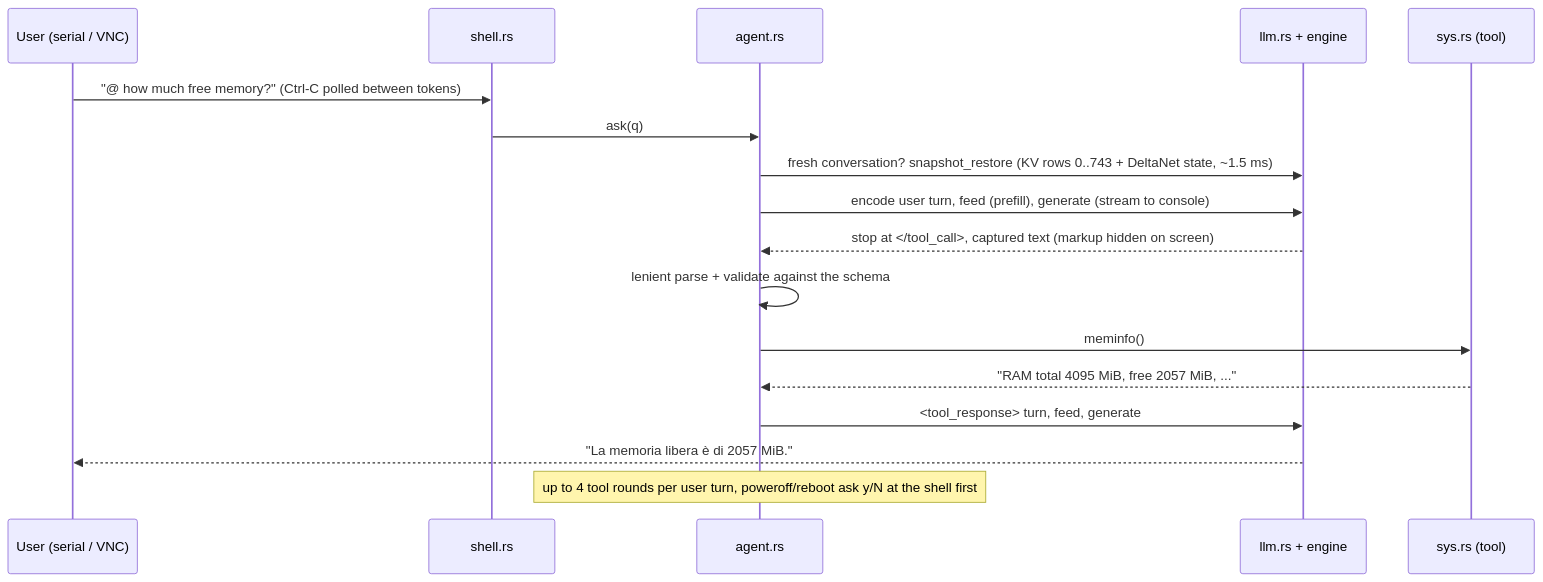
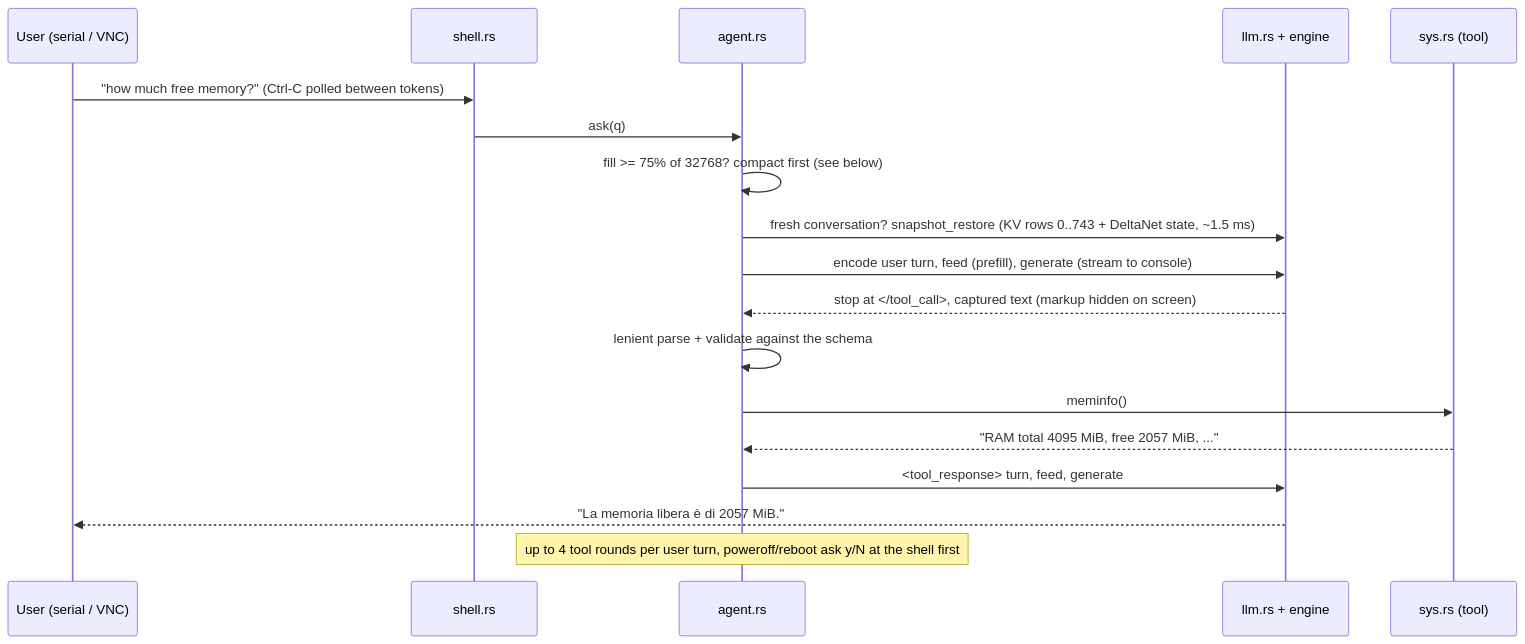
Before and after one commit to tcsenpai/ringzero: the second of 3 diagrams in docs/ARCHITECTURE.md, drawn with Mermaid. The commit also changed other lines of this file and 19 other files, not shown here.

````diff
--- a/docs/ARCHITECTURE.md
+++ b/docs/ARCHITECTURE.md
@@ -65,19 +71,20 @@
 ```mermaid
 sequenceDiagram
     participant U as User (serial / VNC)
     participant S as shell.rs
     participant A as agent.rs
     participant L as llm.rs + engine
     participant T as sys.rs (tool)
-    U->>S: "@ how much free memory?" (Ctrl-C polled between tokens)
+    U->>S: "how much free memory?" (Ctrl-C polled between tokens)
     S->>A: ask(q)
+    A->>A: fill >= 75% of 32768? compact first (see below)
     A->>L: fresh conversation? snapshot_restore (KV rows 0..743 + DeltaNet state, ~1.5 ms)
     A->>L: encode user turn, feed (prefill), generate (stream to console)
     L-->>A: stop at </tool_call>, captured text (markup hidden on screen)
     A->>A: lenient parse + validate against the schema
     A->>T: meminfo()
     T-->>A: "RAM total 4095 MiB, free 2057 MiB, ..."
     A->>L: <tool_response> turn, feed, generate
     L-->>U: "La memoria libera è di 2057 MiB."
     Note over A: up to 4 tool rounds per user turn, poweroff/reboot ask y/N at the shell first
 ```
````
